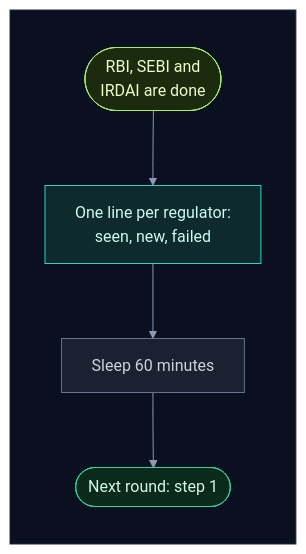
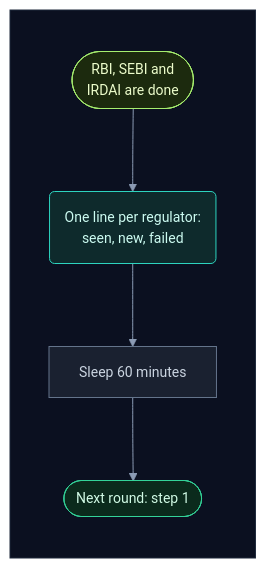
Before and after one commit to selvakumarperumal/Regulatory_Circular_Impact_Agent: diagram 11 of 18 in how_the_watcher_works.md, drawn with Mermaid. The commit also changed other lines of this file and 5 other files, not shown here.

Commit message:
Give the docs' flowcharts a shape per kind of part, more room and slightly smaller text

````diff
--- a/how_the_watcher_works.md
+++ b/how_the_watcher_works.md
@@ -475,25 +475,25 @@
 ```mermaid
-%%{init: {"theme": "base", "flowchart": {"diagramPadding": 0}, "themeVariables": {"darkMode": true, "primaryColor": "#16213a", "primaryTextColor": "#e6edf7", "primaryBorderColor": "#475a7a", "lineColor": "#8b9bb4", "secondaryColor": "#1b2436", "tertiaryColor": "#101a2e", "edgeLabelBackground": "#0f172a", "textColor": "#e2e8f0", "clusterBkg": "#0f1728", "clusterBorder": "#2b3a55", "titleColor": "#c4b5fd", "nodeTextColor": "#e6edf7"}}}%%
+%%{init: {"theme": "base", "flowchart": {"diagramPadding": 0, "nodeSpacing": 58, "rankSpacing": 58, "curve": "basis"}, "themeVariables": {"fontSize": "14px", "darkMode": true, "primaryColor": "#16213a", "primaryTextColor": "#e6edf7", "primaryBorderColor": "#475a7a", "lineColor": "#8b9bb4", "secondaryColor": "#1b2436", "tertiaryColor": "#101a2e", "edgeLabelBackground": "#0f172a", "textColor": "#e2e8f0", "clusterBkg": "#0f1728", "clusterBorder": "#2b3a55", "titleColor": "#c4b5fd", "nodeTextColor": "#e6edf7"}}}%%
 flowchart TD
     subgraph canvas[" "]
         direction TB
-        a(["RBI, SEBI and<br/>IRDAI are done"]) --> b["One line per regulator:<br/>seen, new, failed"]
+        a(["RBI, SEBI and<br/>IRDAI are done"]) --> b("One line per regulator:<br/>seen, new, failed")
         b --> c["Sleep 60 minutes"]
         c --> d(["Next round: step 1"])
     end
     classDef svc fill:#0e2a2c,stroke:#2dd4bf,color:#ccfbf1
     classDef data fill:#1c1a47,stroke:#818cf8,color:#e0e7ff
     classDef ext fill:#2a1640,stroke:#c084fc,color:#f3e8ff
     classDef gpu fill:#2d1b0c,stroke:#fb923c,color:#ffedd5
     classDef ask fill:#2a2410,stroke:#fbbf24,color:#fef3c7
     classDef ok fill:#0b2a1c,stroke:#34d399,color:#d1fae5
     classDef bad fill:#2e0f17,stroke:#fb7185,color:#ffe4e6
     classDef start fill:#1c2a0e,stroke:#a7ef6f,color:#ecfccb
     classDef muted fill:#1a2130,stroke:#64748b,color:#cbd5e1
     classDef queue fill:#0c2231,stroke:#38bdf8,color:#e0f2fe
     class a start
     class b svc
     class c muted
     class d ok
     style canvas fill:#0b1020,stroke:#1e293b,color:#0b1020
 ```
````
